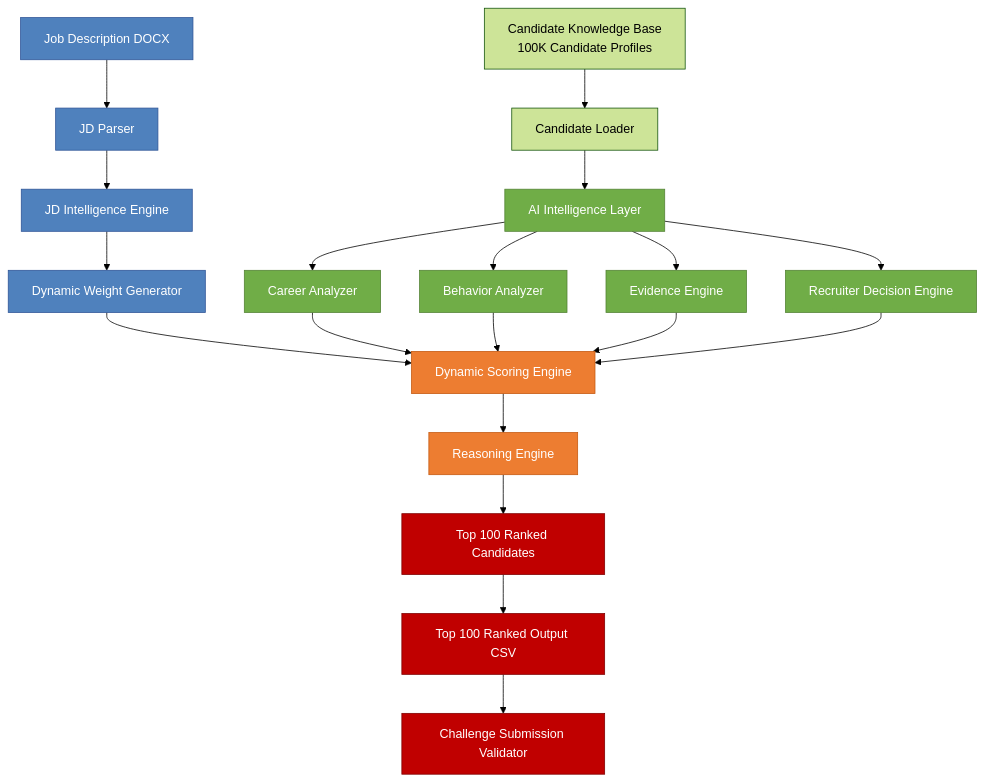
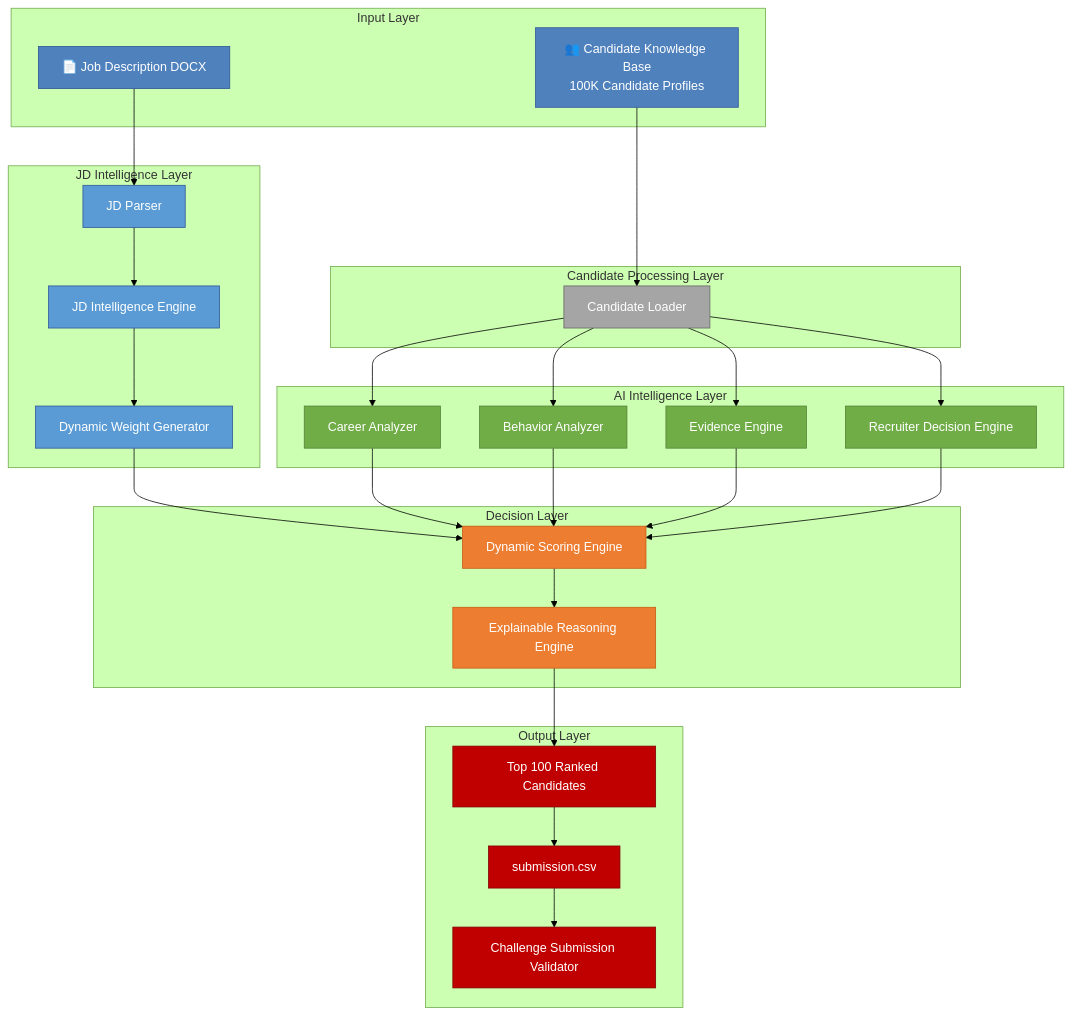
Before and after one commit to robo99oo/TalentLens-AI: the diagram in architecture.md, drawn with Mermaid (forest theme).

Commit message:
Improve architecture diagram

````diff
--- a/architecture.md
+++ b/architecture.md
@@ -5,58 +5,72 @@
 ```mermaid
-flowchart TD
+flowchart TB
 
-    A[Job Description DOCX]
-    B[JD Parser]
-    C[JD Intelligence Engine]
-    D[Dynamic Weight Generator]
+subgraph INPUT["Input Layer"]
+A[📄 Job Description DOCX]
+B[👥 Candidate Knowledge Base<br/>100K Candidate Profiles]
+end
 
-    E[Candidate Knowledge Base<br/>100K Candidate Profiles]
-    F[Candidate Loader]
+subgraph JD["JD Intelligence Layer"]
+C[JD Parser]
+D[JD Intelligence Engine]
+E[Dynamic Weight Generator]
+end
 
-    AI[AI Intelligence Layer]
+subgraph DATA["Candidate Processing Layer"]
+F[Candidate Loader]
+end
 
-    G[Career Analyzer]
-    H[Behavior Analyzer]
-    I[Evidence Engine]
-    J[Recruiter Decision Engine]
+subgraph AI["AI Intelligence Layer"]
+G[Career Analyzer]
+H[Behavior Analyzer]
+I[Evidence Engine]
+J[Recruiter Decision Engine]
+end
 
-    K[Dynamic Scoring Engine]
-    L[Reasoning Engine]
-    M[Top 100 Ranked Candidates]
-    N[Top 100 Ranked Output CSV]
-    O[Challenge Submission Validator]
+subgraph SCORE["Decision Layer"]
+K[Dynamic Scoring Engine]
+L[Explainable Reasoning Engine]
+end
 
-    A --> B
-    B --> C
-    C --> D
+subgraph OUTPUT["Output Layer"]
+M[Top 100 Ranked Candidates]
+N[submission.csv]
+O[Challenge Submission Validator]
+end
 
-    E --> F
+A --> C
+C --> D
+D --> E
 
-    F --> AI
+B --> F
 
-    AI --> G
-    AI --> H
-    AI --> I
-    AI --> J
+F --> G
+F --> H
+F --> I
+F --> J
 
-    D --> K
-    G --> K
-    H --> K
-    I --> K
-    J --> K
+E --> K
+G --> K
+H --> K
+I --> K
+J --> K
 
-    K --> L
-    L --> M
-    M --> N
-    N --> O
+K --> L
+L --> M
+M --> N
+N --> O
 
-    classDef jd fill:#4F81BD,color:#fff,stroke:#2F5597;
-    classDef ai fill:#70AD47,color:#fff,stroke:#548235;
-    classDef scoring fill:#ED7D31,color:#fff,stroke:#C55A11;
-    classDef output fill:#C00000,color:#fff,stroke:#7F0000;
+classDef input fill:#4F81BD,color:#fff,stroke:#2F5597;
+classDef jd fill:#5B9BD5,color:#fff,stroke:#2F5597;
+classDef process fill:#A5A5A5,color:#fff,stroke:#666666;
+classDef ai fill:#70AD47,color:#fff,stroke:#548235;
+classDef score fill:#ED7D31,color:#fff,stroke:#C55A11;
+classDef output fill:#C00000,color:#fff,stroke:#7F0000;
 
-    class A,B,C,D jd;
-    class AI,G,H,I,J ai;
-    class K,L scoring;
-    class M,N,O output;
+class A,B input;
+class C,D,E jd;
+class F process;
+class G,H,I,J ai;
+class K,L score;
+class M,N,O output;
 ```
````
